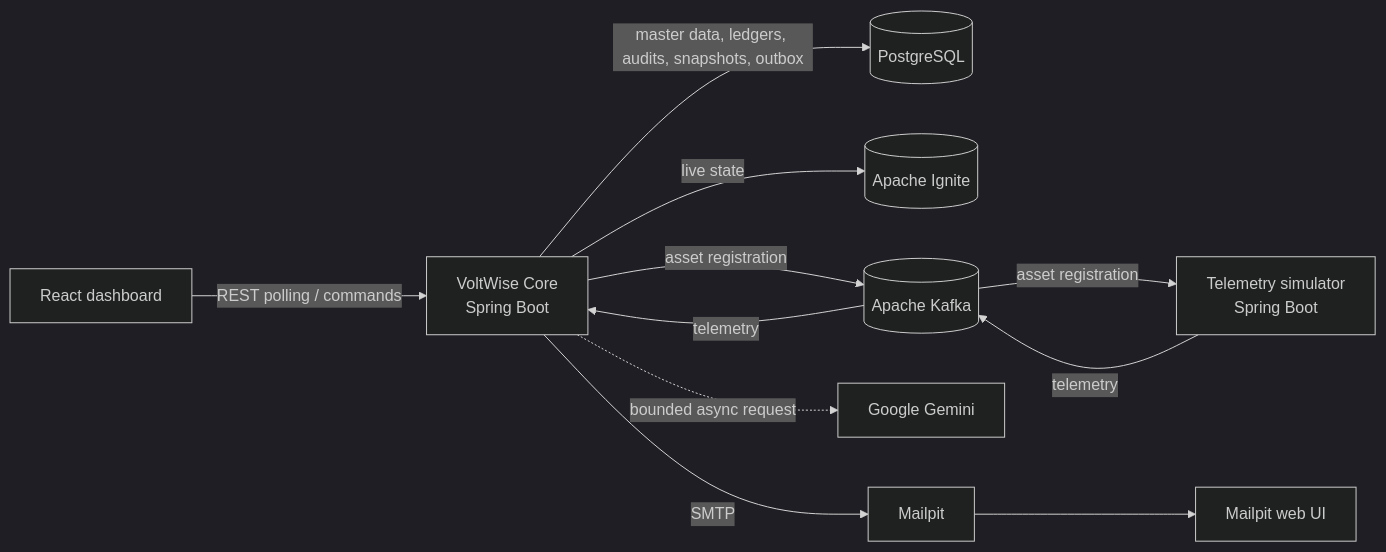
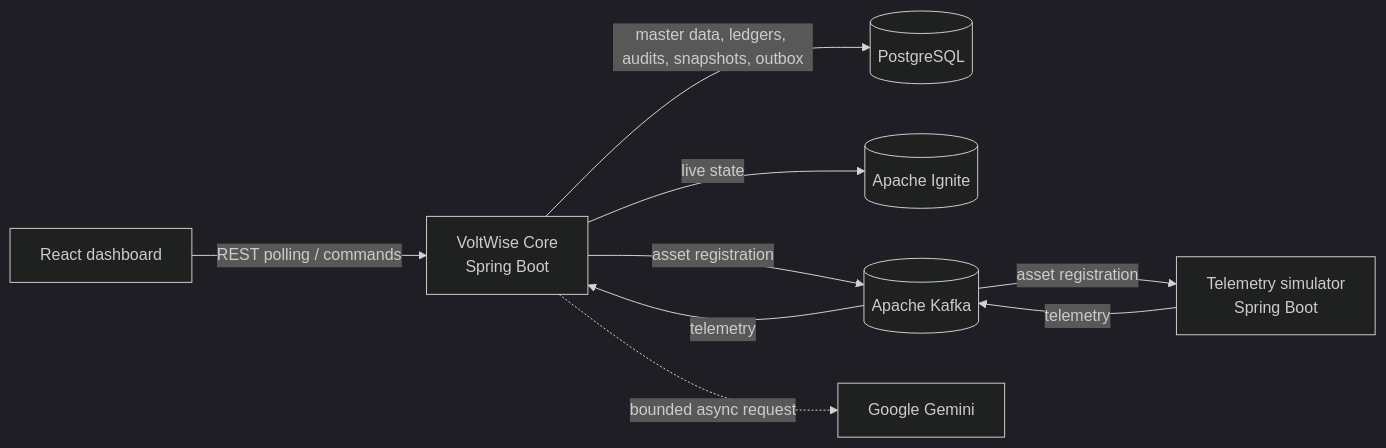
The first of 2 diagrams in README.md (dkivrak/i2i-Systems-VoltFlow), drawn with Mermaid (dark theme) before and after one commit. The commit also changed other lines of this file and 12 other files, not shown here.

Commit message:
refactor: completely remove SendGrid, SMTP and Mailpit infrastructure

````diff
--- a/README.md
+++ b/README.md
@@ -16,13 +15,11 @@
 ```mermaid
 flowchart LR
     Browser[React dashboard] -->|REST polling / commands| Core[VoltWise Core\nSpring Boot]
     Core -->|master data, ledgers, audits, snapshots, outbox| PG[(PostgreSQL)]
     Core -->|live state| Ignite[(Apache Ignite)]
     Core -->|asset registration| Kafka[(Apache Kafka)]
     Kafka -->|asset registration| Simulator[Telemetry simulator\nSpring Boot]
     Simulator -->|telemetry| Kafka
     Kafka -->|telemetry| Core
     Core -. bounded async request .-> Gemini[Google Gemini]
-    Core -->|SMTP| Mailpit[Mailpit]
-    Mailpit --> MailUI[Mailpit web UI]
 ```
````
